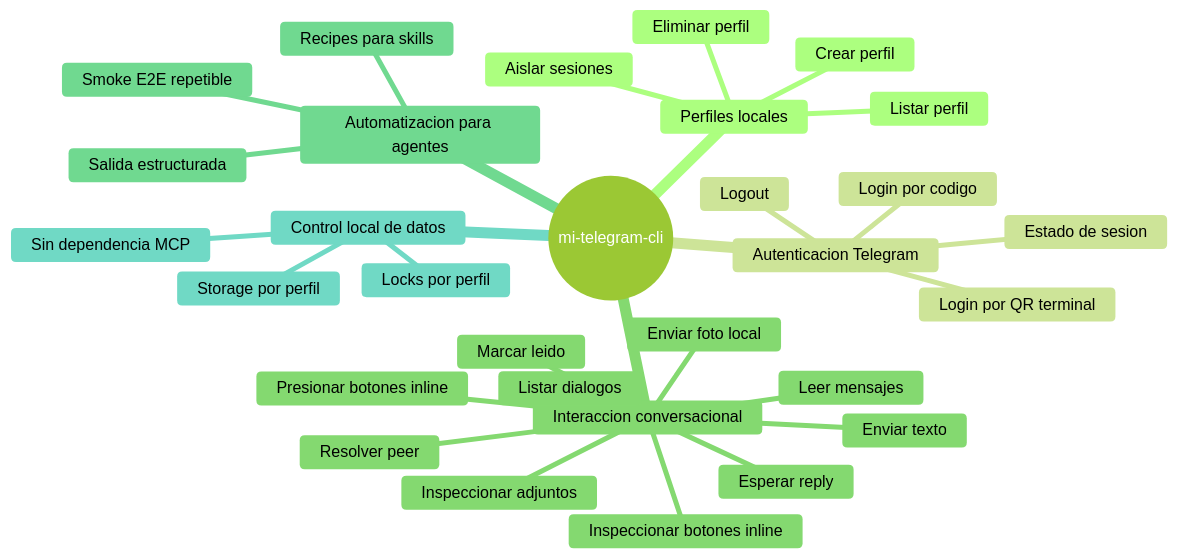
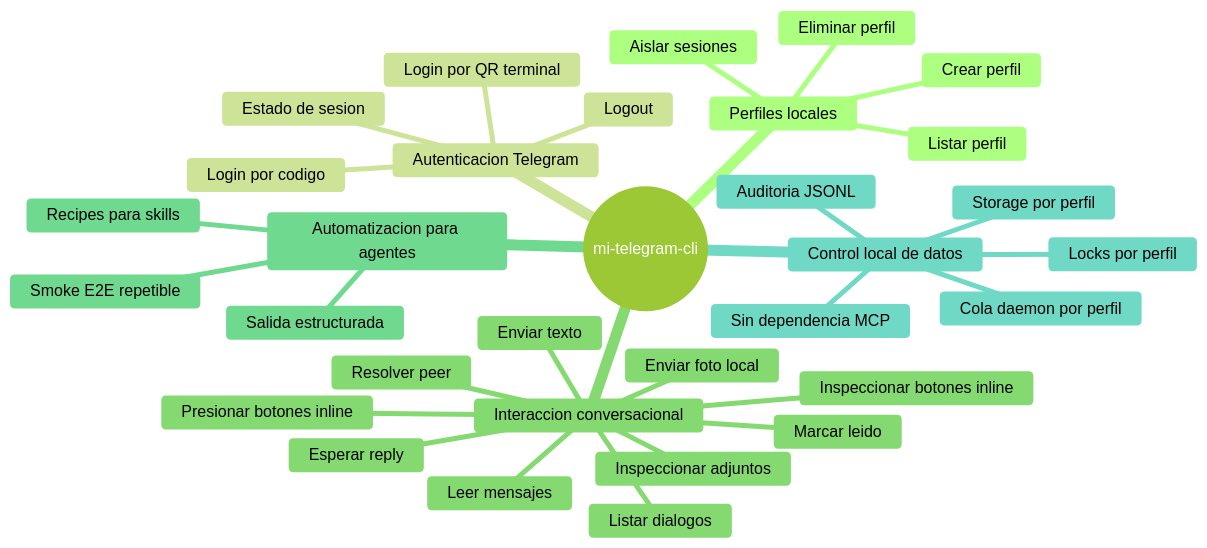
Before and after one commit to fgpaz/mi-telegram-cli: the diagram in .docs/wiki/01_alcance_funcional.md, drawn with Mermaid (forest theme). The commit also changed other lines of this file and 44 other files, not shown here.

````diff
--- a/.docs/wiki/01_alcance_funcional.md
+++ b/.docs/wiki/01_alcance_funcional.md
@@ -17,33 +17,35 @@
 ```mermaid
 mindmap
   root((mi-telegram-cli))
     Perfiles locales
       Crear perfil
       Listar perfil
       Eliminar perfil
       Aislar sesiones
     Autenticacion Telegram
       Login por codigo
       Login por QR terminal
       Estado de sesion
       Logout
     Interaccion conversacional
       Listar dialogos
       Resolver peer
       Leer mensajes
       Inspeccionar adjuntos
       Inspeccionar botones inline
       Enviar texto
       Enviar foto local
       Esperar reply
       Presionar botones inline
       Marcar leido
     Automatizacion para agentes
       Salida estructurada
       Recipes para skills
       Smoke E2E repetible
     Control local de datos
       Storage por perfil
       Locks por perfil
+      Cola daemon por perfil
+      Auditoria JSONL
       Sin dependencia MCP
 ```
````
